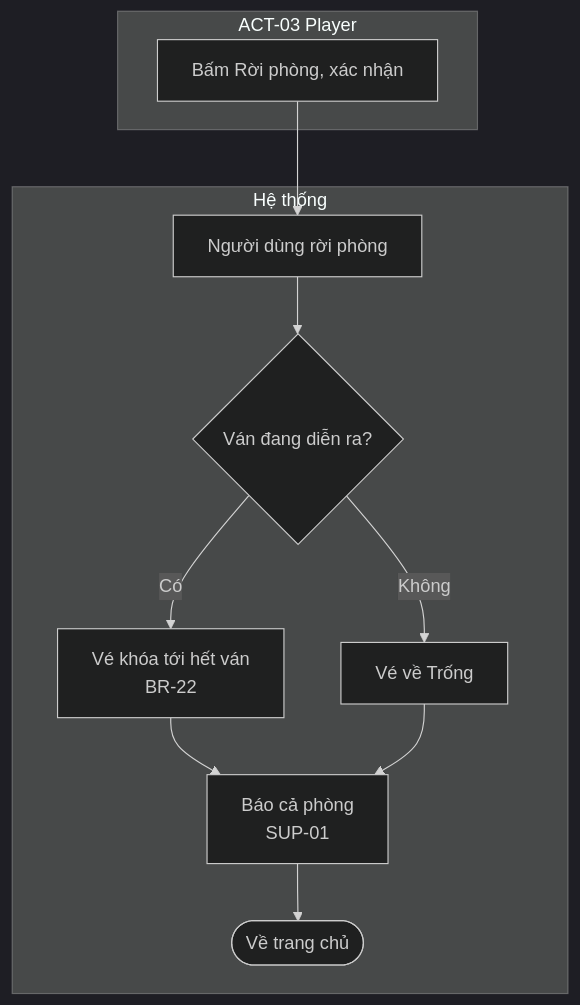
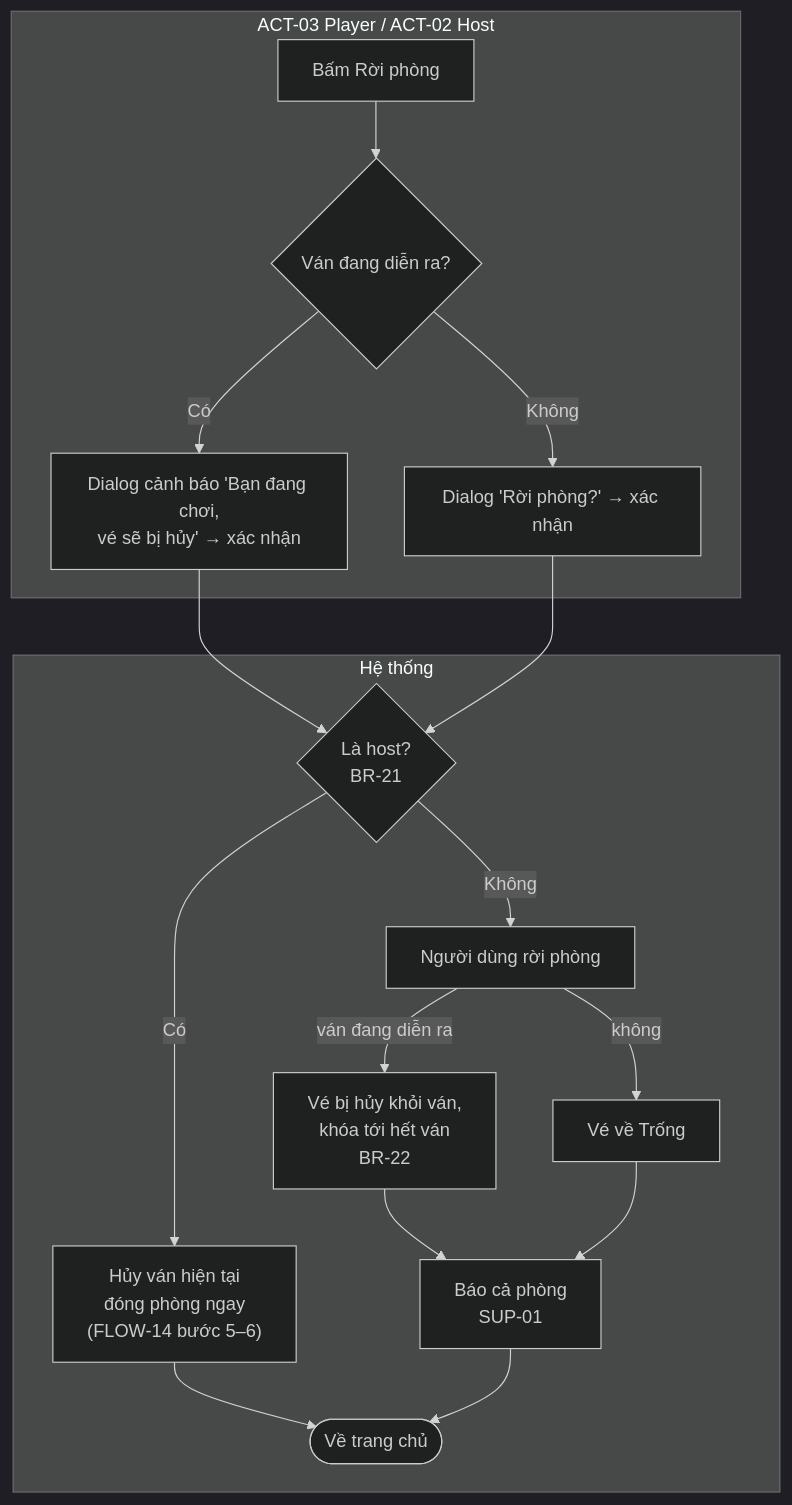
Before and after one commit to Thachdong/loto: diagram 12 of 24 in idea/business-flows.md, drawn with Mermaid (dark theme). The commit also changed other lines of this file and 22 other files, not shown here.

````diff
--- a/idea/business-flows.md
+++ b/idea/business-flows.md
@@ -618,18 +625,26 @@
 ```mermaid
 flowchart TD
-  subgraph P["ACT-03 Player"]
-    S1["Bấm Rời phòng, xác nhận"]
+  subgraph P["ACT-03 Player / ACT-02 Host"]
+    S1["Bấm Rời phòng"]
+    S2{"Ván đang diễn ra?"}
+    S3["Dialog cảnh báo 'Bạn đang chơi,<br/>vé sẽ bị hủy' → xác nhận"]
+    S3b["Dialog 'Rời phòng?' → xác nhận"]
   end
   subgraph H["Hệ thống"]
-    S4["Người dùng rời phòng"]
-    S5{"Ván đang diễn ra?"}
-    S6["Vé khóa tới hết ván<br/>BR-22"]
+    S4{"Là host?<br/>BR-21"}
+    C1["Hủy ván hiện tại<br/>đóng phòng ngay<br/>(FLOW-14 bước 5–6)"]
+    S5["Người dùng rời phòng"]
+    S6["Vé bị hủy khỏi ván,<br/>khóa tới hết ván<br/>BR-22"]
     S7["Vé về Trống"]
     S8["Báo cả phòng<br/>SUP-01"]
     X1(["Về trang chủ"])
   end
-  S1 --> S4 --> S5
-  S5 -- Có --> S6 --> S8
-  S5 -- Không --> S7 --> S8
+  S1 --> S2
+  S2 -- Có --> S3 --> S4
+  S2 -- Không --> S3b --> S4
+  S4 -- Có --> C1 --> X1
+  S4 -- Không --> S5
+  S5 -- "ván đang diễn ra" --> S6 --> S8
+  S5 -- "không" --> S7 --> S8
   S8 --> X1
 ```
````
